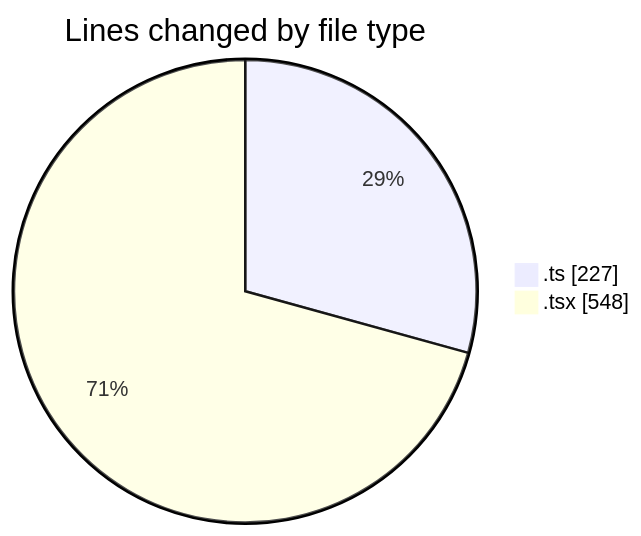
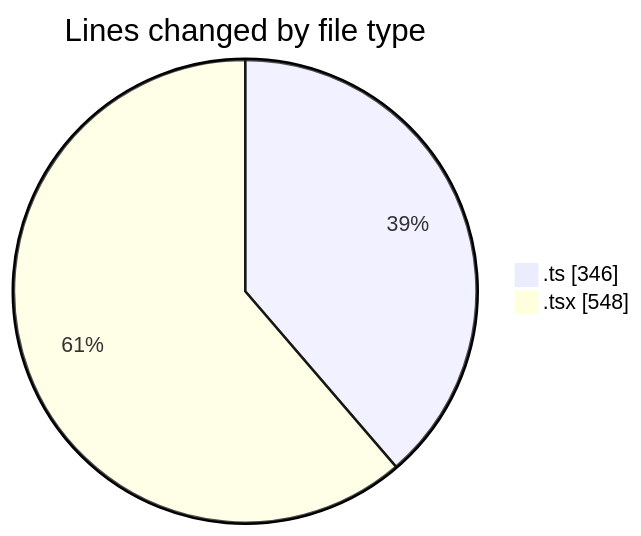
One commit to JenPaints/code-tracking changed the first of 2 diagrams in 2025-06-22/1bhk_life/README.md. Above: the diagram before and after it, drawn with Mermaid. The commit also changed other lines of this file and 1 other file, not shown here.

````diff
--- a/2025-06-22/1bhk_life/README.md
+++ b/2025-06-22/1bhk_life/README.md
@@ -21,6 +21,6 @@
 ```mermaid
 pie showData
 title Lines changed by file type
-".ts" : 227
+".ts" : 346
 ".tsx" : 548
 ```
````
